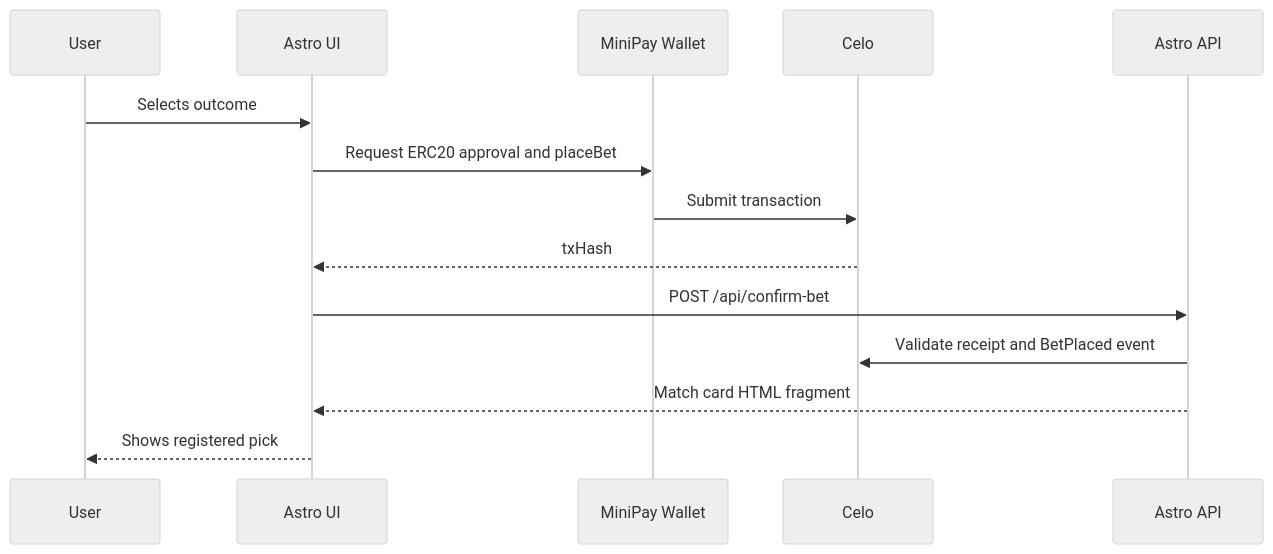
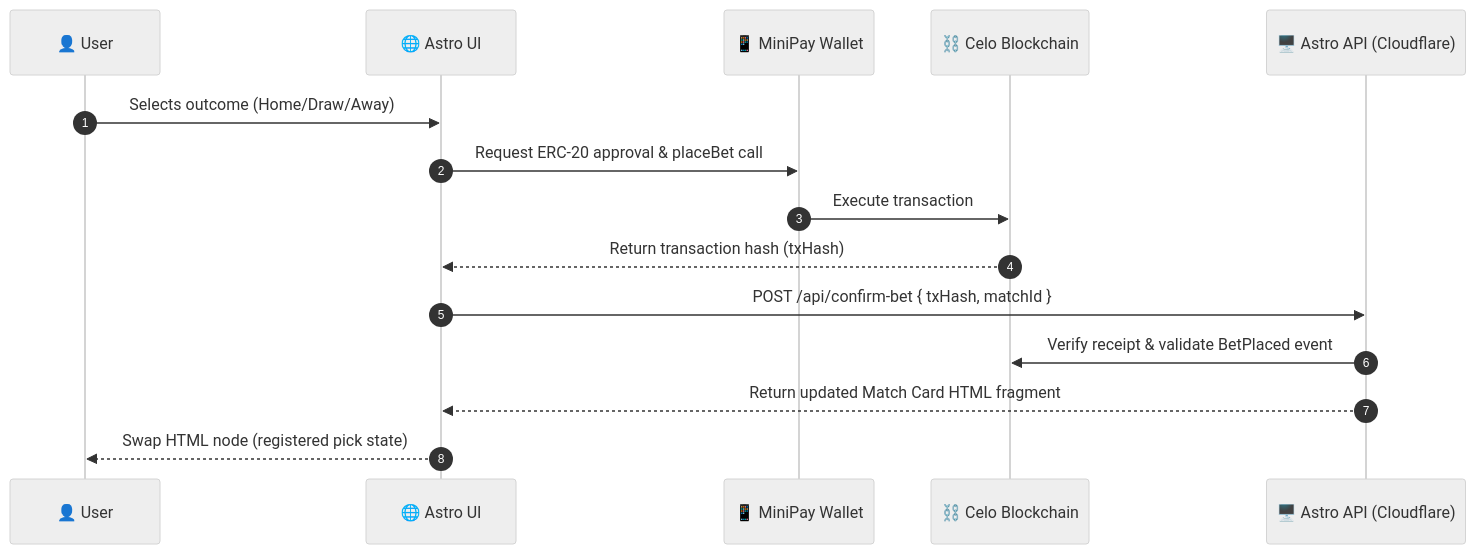
The diagram in docs/02-architecture.md (JPClow3/Project-Ball), drawn with Mermaid (neutral theme) before and after one commit. The commit also changed other lines of this file and 17 other files, not shown here.

````diff
--- a/docs/02-architecture.md
+++ b/docs/02-architecture.md
@@ -7,17 +11,18 @@
 ```mermaid
 sequenceDiagram
-  participant User
-  participant Web as Astro UI
-  participant Wallet as MiniPay Wallet
-  participant Chain as Celo
-  participant API as Astro API
+  autonumber
+  participant User as 👤 User
+  participant Web as 🌐 Astro UI
+  participant Wallet as 📱 MiniPay Wallet
+  participant Chain as ⛓️ Celo Blockchain
+  participant API as 🖥️ Astro API (Cloudflare)
 
-  User->>Web: Selects outcome
-  Web->>Wallet: Request ERC20 approval and placeBet
-  Wallet->>Chain: Submit transaction
-  Chain-->>Web: txHash
-  Web->>API: POST /api/confirm-bet
-  API->>Chain: Validate receipt and BetPlaced event
-  API-->>Web: Match card HTML fragment
-  Web-->>User: Shows registered pick
+  User->>Web: Selects outcome (Home/Draw/Away)
+  Web->>Wallet: Request ERC-20 approval & placeBet call
+  Wallet->>Chain: Execute transaction
+  Chain-->>Web: Return transaction hash (txHash)
+  Web->>API: POST /api/confirm-bet { txHash, matchId }
+  API->>Chain: Verify receipt & validate BetPlaced event
+  API-->>Web: Return updated Match Card HTML fragment
+  Web-->>User: Swap HTML node (registered pick state)
 ```
````
